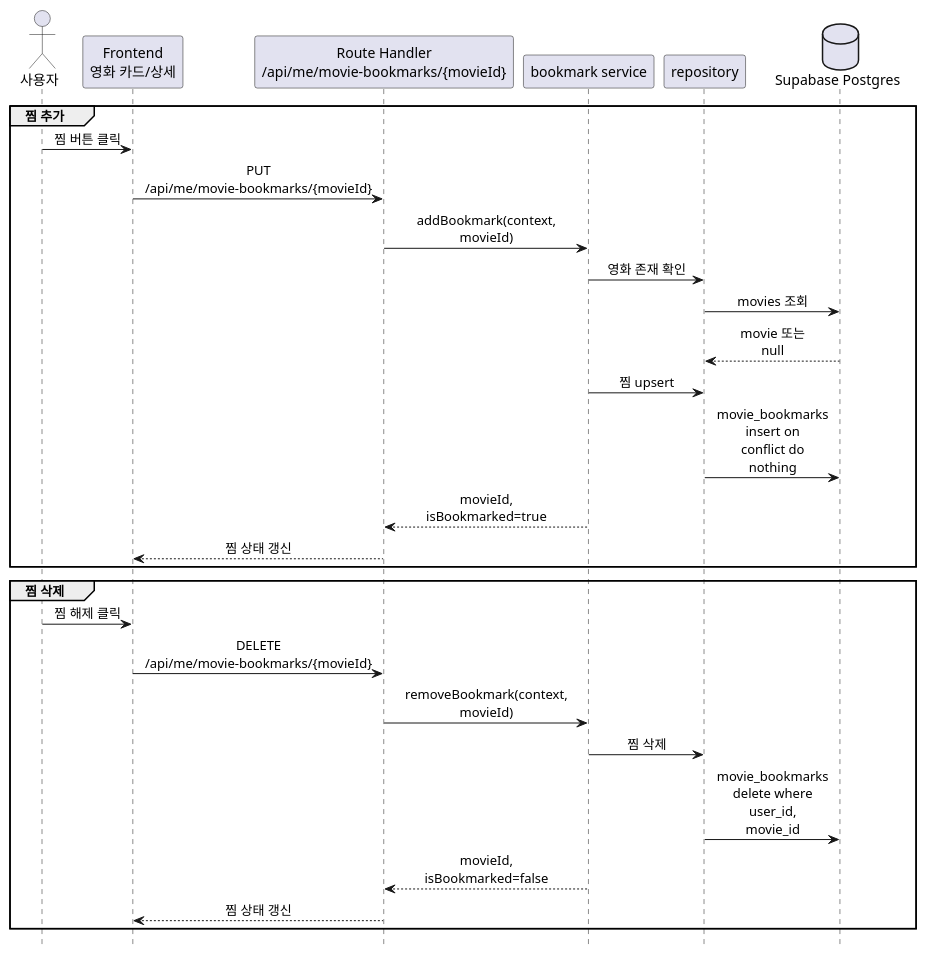
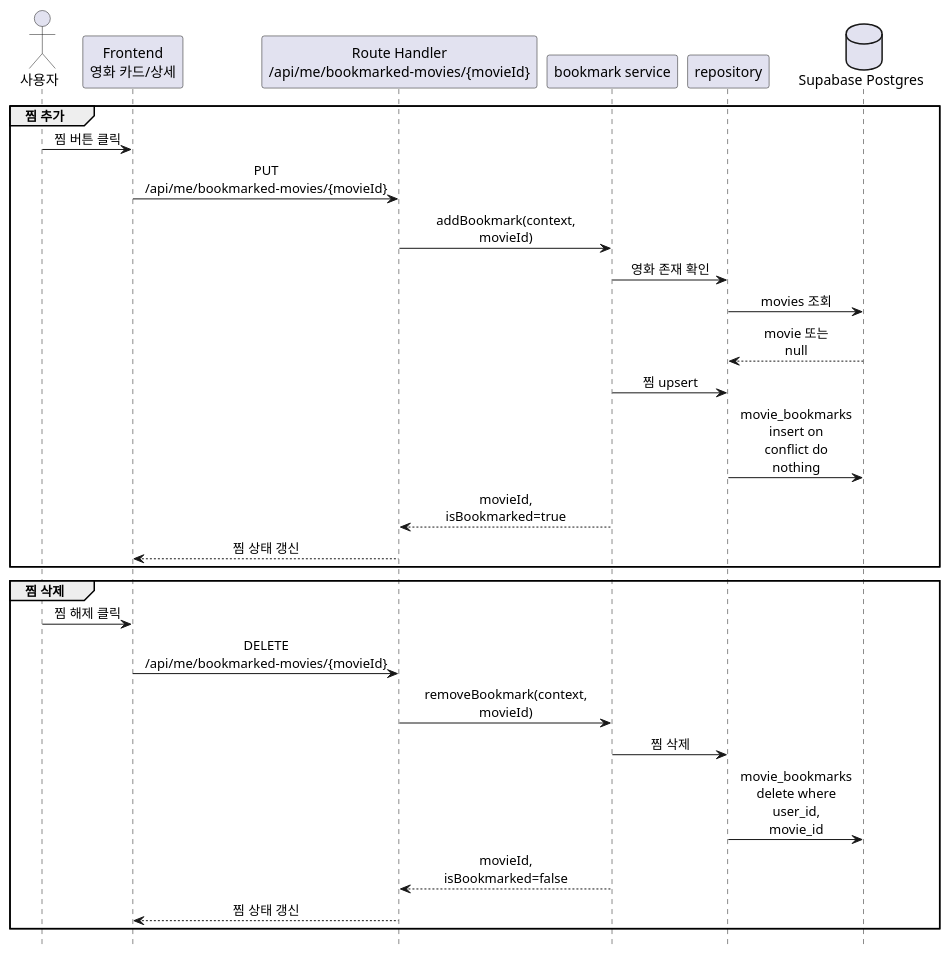
The first of 2 diagrams in docs/implementation-plan/3.movie-bookmarks-implementation-plan.md (skkuse/2026spring_41class_team2), drawn with PlantUML before and after one commit. The commit also changed other lines of this file and 5 other files, not shown here.

````diff
--- a/docs/implementation-plan/3.movie-bookmarks-implementation-plan.md
+++ b/docs/implementation-plan/3.movie-bookmarks-implementation-plan.md
@@ -45,37 +45,37 @@
 ```plantuml
 @startuml
 hide footbox
 skinparam sequenceMessageAlign center
 skinparam maxMessageSize 80
 
 actor "사용자" as User
 participant "Frontend\n영화 카드/상세" as FE
-participant "Route Handler\n/api/me/movie-bookmarks/{movieId}" as Route
+participant "Route Handler\n/api/me/bookmarked-movies/{movieId}" as Route
 participant "bookmark service" as Service
 participant "repository" as Repo
 database "Supabase Postgres" as DB
 
 group 찜 추가
   User -> FE: 찜 버튼 클릭
-  FE -> Route: PUT /api/me/movie-bookmarks/{movieId}
+  FE -> Route: PUT /api/me/bookmarked-movies/{movieId}
   Route -> Service: addBookmark(context, movieId)
   Service -> Repo: 영화 존재 확인
   Repo -> DB: movies 조회
   DB --> Repo: movie 또는 null
   Service -> Repo: 찜 upsert
   Repo -> DB: movie_bookmarks insert on conflict do nothing
   Service --> Route: movieId, isBookmarked=true
   Route --> FE: 찜 상태 갱신
 end
 
 group 찜 삭제
   User -> FE: 찜 해제 클릭
-  FE -> Route: DELETE /api/me/movie-bookmarks/{movieId}
+  FE -> Route: DELETE /api/me/bookmarked-movies/{movieId}
   Route -> Service: removeBookmark(context, movieId)
   Service -> Repo: 찜 삭제
   Repo -> DB: movie_bookmarks delete where user_id, movie_id
   Service --> Route: movieId, isBookmarked=false
   Route --> FE: 찜 상태 갱신
 end
 @enduml
 ```
````
